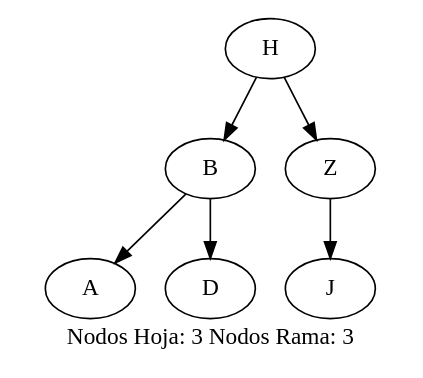
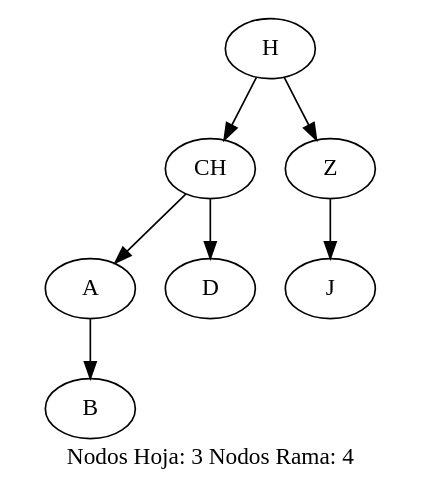
The diagram in Proyectos/Proyecto1/build-Ajedrez3D-Desktop_Qt_5_9_0_MinGW_32bit-Debug/ABB.dot (ricardcutzh/EDD_Junio), drawn with Graphviz before and after one commit. The commit also changed 34 other files, not shown here.

```diff
--- a/Proyectos/Proyecto1/build-Ajedrez3D-Desktop_Qt_5_9_0_MinGW_32bit-Debug/ABB.dot
+++ b/Proyectos/Proyecto1/build-Ajedrez3D-Desktop_Qt_5_9_0_MinGW_32bit-Debug/ABB.dot
@@ -1,14 +1,16 @@
 digraph ABB{
-label="Nodos Hoja: 3 Nodos Rama: 3";
+label="Nodos Hoja: 3 Nodos Rama: 4";
 "H";
-"H"->"B";
+"H"->"CH";
 "H"->"Z";
+"CH";
+"CH"->"A";
+"CH"->"D";
+"A";
+"A"->"B";
 "B";
-"B"->"A";
-"B"->"D";
-"A";
 "D";
 "Z";
 "Z"->"J";
 "J";
 }
```
